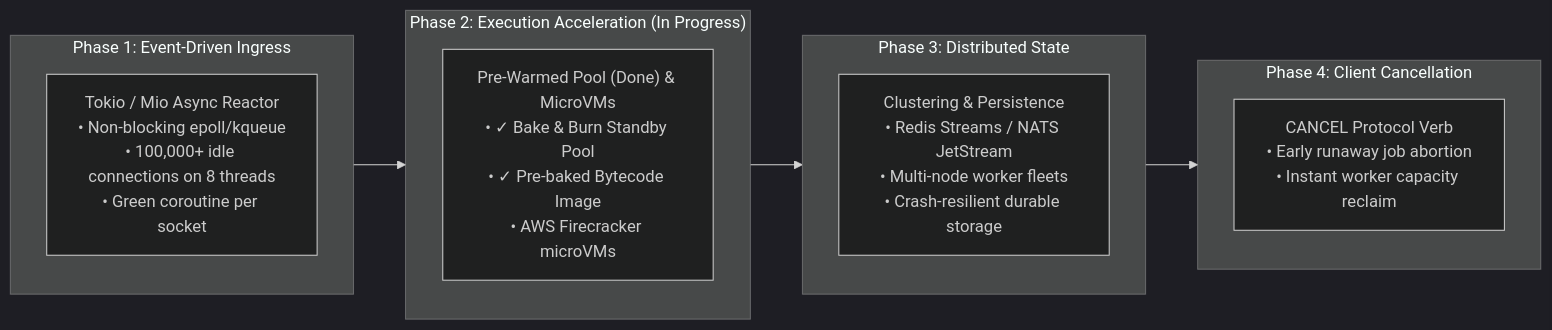
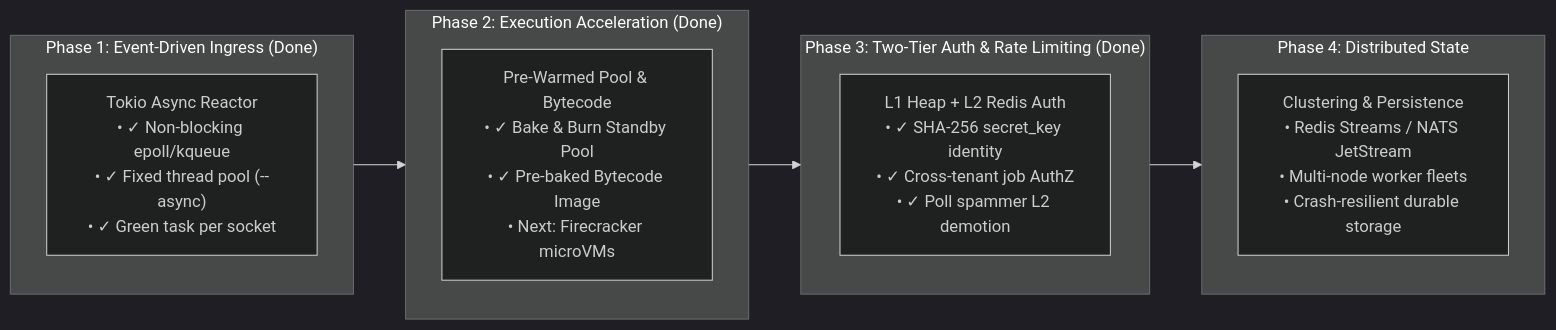
One commit to Chinmay-Mahajan/Distributed_Job_system_non_blocking changed the fourth of 4 diagrams in architecture.md. Above: the diagram before and after it, drawn with Mermaid (dark theme). The commit also changed other lines of this file and 14 other files, not shown here.

````diff
--- a/architecture.md
+++ b/architecture.md
@@ -370,20 +455,20 @@
 ```mermaid
 flowchart LR
-    subgraph Phase1["Phase 1: Event-Driven Ingress"]
-        P1["Tokio / Mio Async Reactor<br/>• Non-blocking epoll/kqueue<br/>• 100,000+ idle connections on 8 threads<br/>• Green coroutine per socket"]
+    subgraph Phase1["Phase 1: Event-Driven Ingress (Done)"]
+        P1["Tokio Async Reactor<br/>• ✓ Non-blocking epoll/kqueue<br/>• ✓ Fixed thread pool (--async)<br/>• ✓ Green task per socket"]
     end
 
-    subgraph Phase2["Phase 2: Execution Acceleration (In Progress)"]
-        P2["Pre-Warmed Pool (Done) & MicroVMs<br/>• ✓ Bake & Burn Standby Pool<br/>• ✓ Pre-baked Bytecode Image<br/>• AWS Firecracker microVMs"]
+    subgraph Phase2["Phase 2: Execution Acceleration (Done)"]
+        P2["Pre-Warmed Pool &amp; Bytecode<br/>• ✓ Bake &amp; Burn Standby Pool<br/>• ✓ Pre-baked Bytecode Image<br/>• Next: Firecracker microVMs"]
     end
 
-    subgraph Phase3["Phase 3: Distributed State"]
-        P3["Clustering & Persistence<br/>• Redis Streams / NATS JetStream<br/>• Multi-node worker fleets<br/>• Crash-resilient durable storage"]
+    subgraph Phase3["Phase 3: Two-Tier Auth &amp; Rate Limiting (Done)"]
+        P3["L1 Heap + L2 Redis Auth<br/>• ✓ SHA-256 secret_key identity<br/>• ✓ Cross-tenant job AuthZ<br/>• ✓ Poll spammer L2 demotion"]
     end
 
-    subgraph Phase4["Phase 4: Client Cancellation"]
-        P4["CANCEL Protocol Verb<br/>• Early runaway job abortion<br/>• Instant worker capacity reclaim"]
+    subgraph Phase4["Phase 4: Distributed State"]
+        P4["Clustering &amp; Persistence<br/>• Redis Streams / NATS JetStream<br/>• Multi-node worker fleets<br/>• Crash-resilient durable storage"]
     end
 
     Phase1 --> Phase2 --> Phase3 --> Phase4
 ```
````
